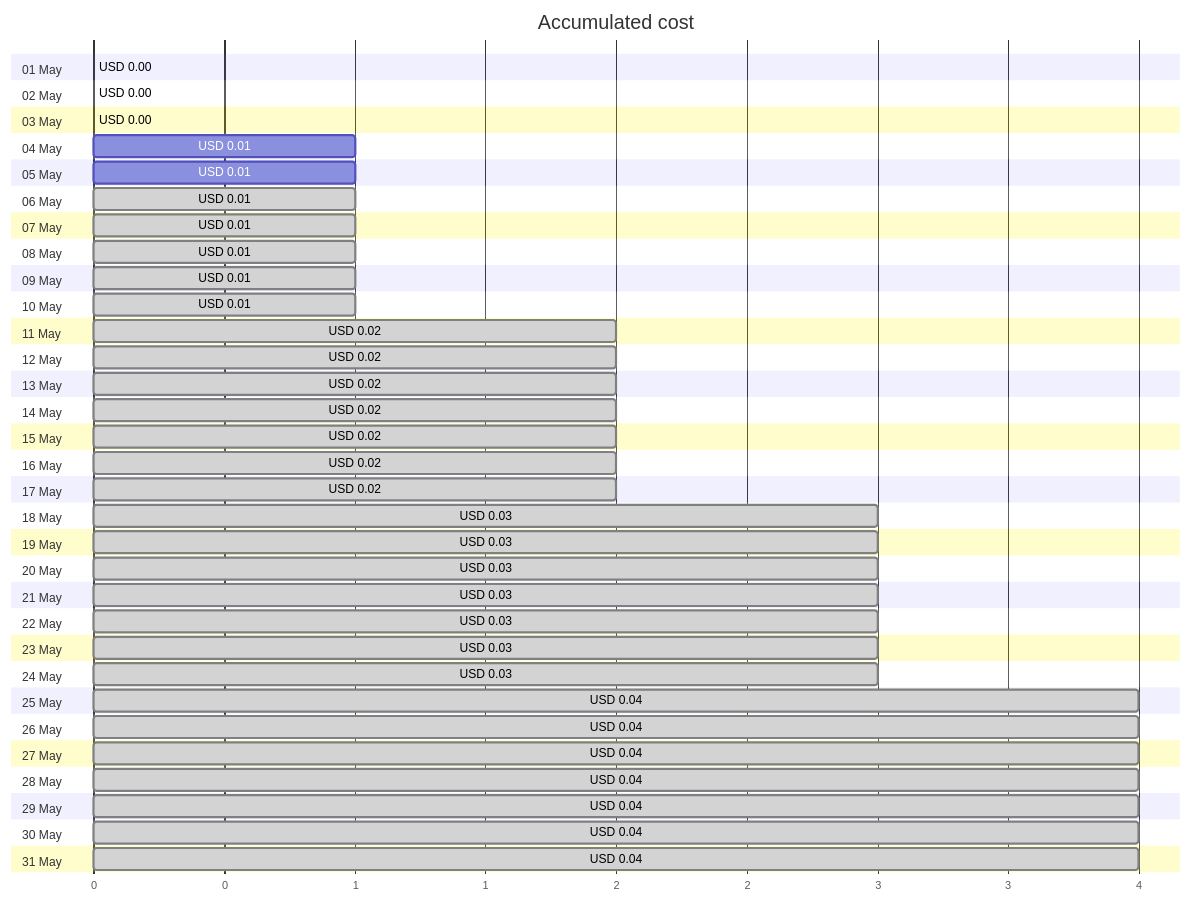
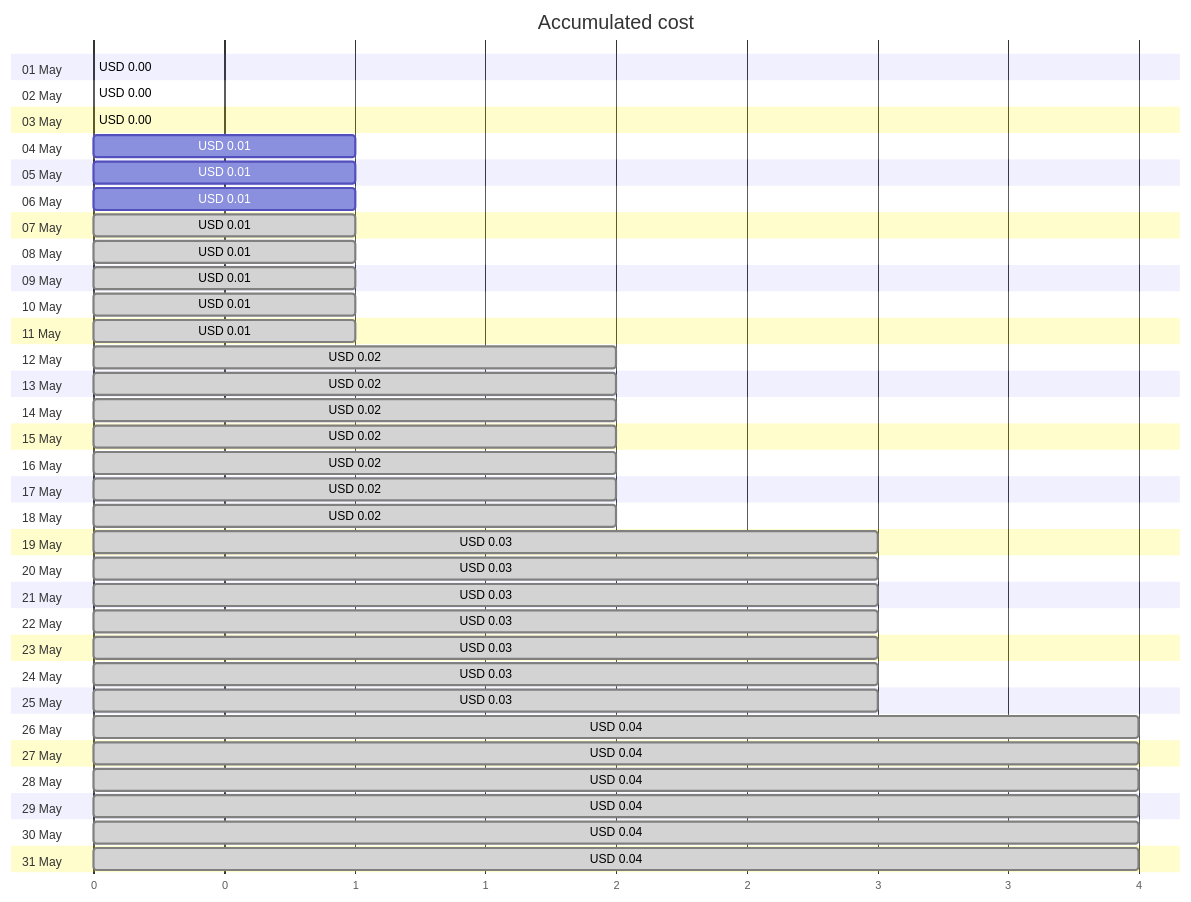
The first of 4 diagrams in cost-reports/personal-site/personalsiteapistorage.md (jpfulton/azure-personal-reports), drawn with Mermaid before and after one commit. The commit also changed other lines of this file and 6 other files, not shown here.

````diff
--- a/cost-reports/personal-site/personalsiteapistorage.md
+++ b/cost-reports/personal-site/personalsiteapistorage.md
@@ -20,68 +20,68 @@
 ```mermaid
 gantt
    title Accumulated cost
    dateFormat  X
    axisFormat %s
    section 01 May
    USD 0.00 :0, 0
    section 02 May
    USD 0.00 :0, 0
    section 03 May
    USD 0.00 :0, 0
    section 04 May
    USD 0.01 :0, 1
    section 05 May
    USD 0.01 :0, 1
    section 06 May
-   USD 0.01 : done, 0, 1
+   USD 0.01 :0, 1
    section 07 May
    USD 0.01 : done, 0, 1
    section 08 May
    USD 0.01 : done, 0, 1
    section 09 May
    USD 0.01 : done, 0, 1
    section 10 May
    USD 0.01 : done, 0, 1
    section 11 May
-   USD 0.02 : done, 0, 2
+   USD 0.01 : done, 0, 1
    section 12 May
    USD 0.02 : done, 0, 2
    section 13 May
    USD 0.02 : done, 0, 2
    section 14 May
    USD 0.02 : done, 0, 2
    section 15 May
    USD 0.02 : done, 0, 2
    section 16 May
    USD 0.02 : done, 0, 2
    section 17 May
    USD 0.02 : done, 0, 2
    section 18 May
-   USD 0.03 : done, 0, 3
+   USD 0.02 : done, 0, 2
    section 19 May
    USD 0.03 : done, 0, 3
    section 20 May
    USD 0.03 : done, 0, 3
    section 21 May
    USD 0.03 : done, 0, 3
    section 22 May
    USD 0.03 : done, 0, 3
    section 23 May
    USD 0.03 : done, 0, 3
    section 24 May
    USD 0.03 : done, 0, 3
    section 25 May
-   USD 0.04 : done, 0, 4
+   USD 0.03 : done, 0, 3
    section 26 May
    USD 0.04 : done, 0, 4
    section 27 May
    USD 0.04 : done, 0, 4
    section 28 May
    USD 0.04 : done, 0, 4
    section 29 May
    USD 0.04 : done, 0, 4
    section 30 May
    USD 0.04 : done, 0, 4
    section 31 May
    USD 0.04 : done, 0, 4
 ```
````
